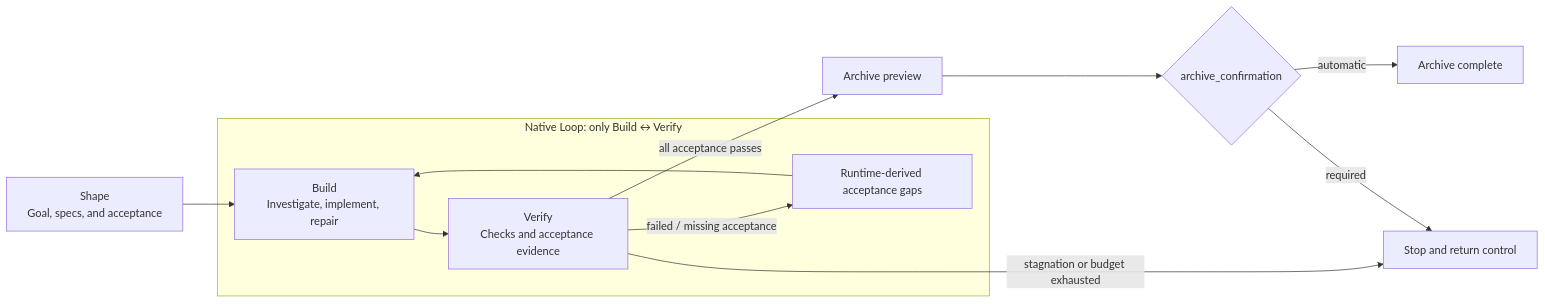
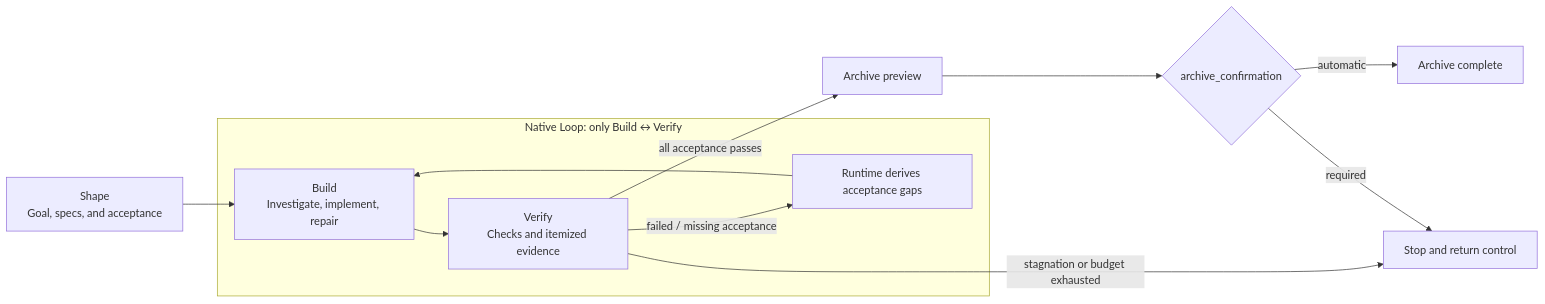
The first of 2 diagrams in en/concepts/native-workflow.mdx (rpamis/comet-website-docs), drawn with Mermaid before and after one commit. The commit also changed other lines of this file and 40 other files, not shown here.

````diff
--- a/en/concepts/native-workflow.mdx
+++ b/en/concepts/native-workflow.mdx
@@ -16,16 +18,16 @@
 ```mermaid
 flowchart LR
   S["Shape<br/>Goal, specs, and acceptance"] --> B
 
   subgraph L["Native Loop: only Build ↔ Verify"]
-    B["Build<br/>Investigate, implement, repair"] --> V["Verify<br/>Checks and acceptance evidence"]
-    V -->|"failed / missing acceptance"| G["Runtime-derived acceptance gaps"]
+    B["Build<br/>Investigate, implement, repair"] --> V["Verify<br/>Checks and itemized evidence"]
+    V -->|"failed / missing acceptance"| G["Runtime derives acceptance gaps"]
     G --> B
   end
 
   V -->|"all acceptance passes"| P["Archive preview"]
   V -->|"stagnation or budget exhausted"| U["Stop and return control"]
   P --> C{"archive_confirmation"}
   C -->|"automatic"| A["Archive complete"]
   C -->|"required"| U
 ```
````
